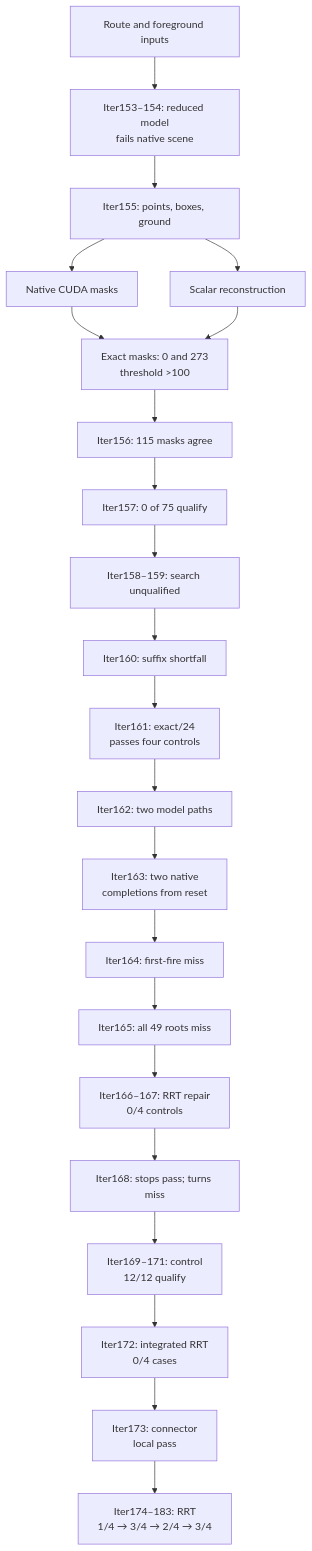
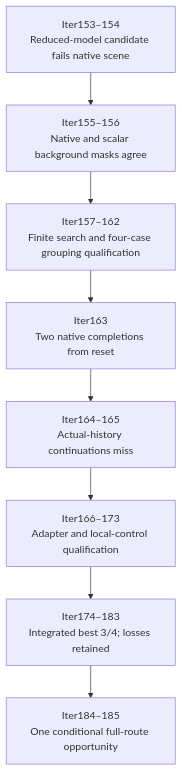
One commit to manfromnowhere143/sentinel changed the fifth of 10 diagrams in docs/ARCHITECTURE.md. Above: the diagram before and after it, drawn with Mermaid. The commit also changed other lines of this file and 8 other files, not shown here.

````diff
--- a/docs/ARCHITECTURE.md
+++ b/docs/ARCHITECTURE.md
@@ -209,26 +237,12 @@
 ```mermaid
 flowchart TB
-  accTitle: Scene constraints and planner qualification
-  accDescr: Reset completion is not first-fire recovery.
-  G["Route and foreground inputs"] --> M["Iter153–154: reduced model<br/>fails native scene"]
-  M --> X["Iter155: points, boxes, ground"]
-  X --> C["Native CUDA masks"]
-  X --> S["Scalar reconstruction"]
-  C --> E["Exact masks: 0 and 273<br/>threshold >100"]
-  S --> E
-  E --> F["Iter156: 115 masks agree"]
-  F --> L["Iter157: 0 of 75 qualify"]
-  L --> A["Iter158–159: search unqualified"]
-  A --> K["Iter160: suffix shortfall"]
-  K --> Z["Iter161: exact/24<br/>passes four controls"]
-  Z --> Y["Iter162: two model paths"]
-  Y --> V["Iter163: two native<br/>completions from reset"]
-  V --> B["Iter164: first-fire miss"]
-  B --> D["Iter165: all 49 roots miss"]
-  D --> R["Iter166–167: RRT repair<br/>0/4 controls"]
-  R --> J["Iter168: stops pass; turns miss"]
-  J --> H["Iter169–171: control<br/>12/12 qualify"]
-  H --> I["Iter172: integrated RRT<br/>0/4 cases"]
-  I --> O["Iter173: connector<br/>local pass"]
-  O --> U["Iter174–183: RRT<br/>1/4 → 3/4 → 2/4 → 3/4"]
+  accTitle: From scene calibration to planner qualification
+  accDescr: Model validity, search competence and native recovery are separate claims.
+  M["Iter153–154<br/>Reduced-model candidate fails native scene"] --> C["Iter155–156<br/>Native and scalar background masks agree"]
+  C --> S["Iter157–162<br/>Finite search and four-case grouping qualification"]
+  S --> N["Iter163<br/>Two native completions from reset"]
+  N --> H["Iter164–165<br/>Actual-history continuations miss"]
+  H --> L["Iter166–173<br/>Adapter and local-control qualification"]
+  L --> Q["Iter174–183<br/>Integrated best 3/4; losses retained"]
+  Q --> W["Iter184–185<br/>One conditional full-route opportunity"]
 ```
````
